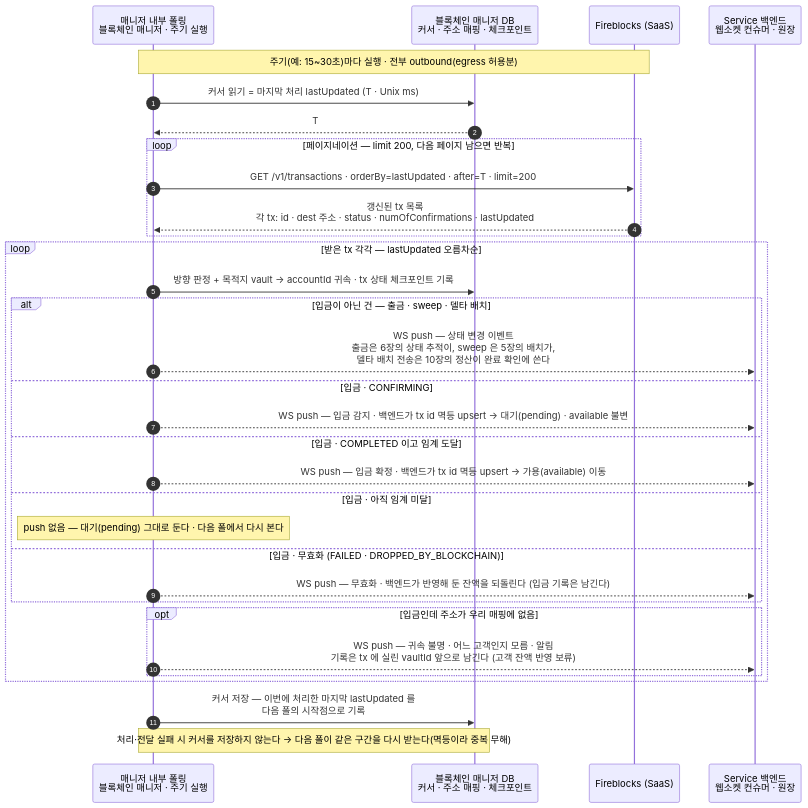
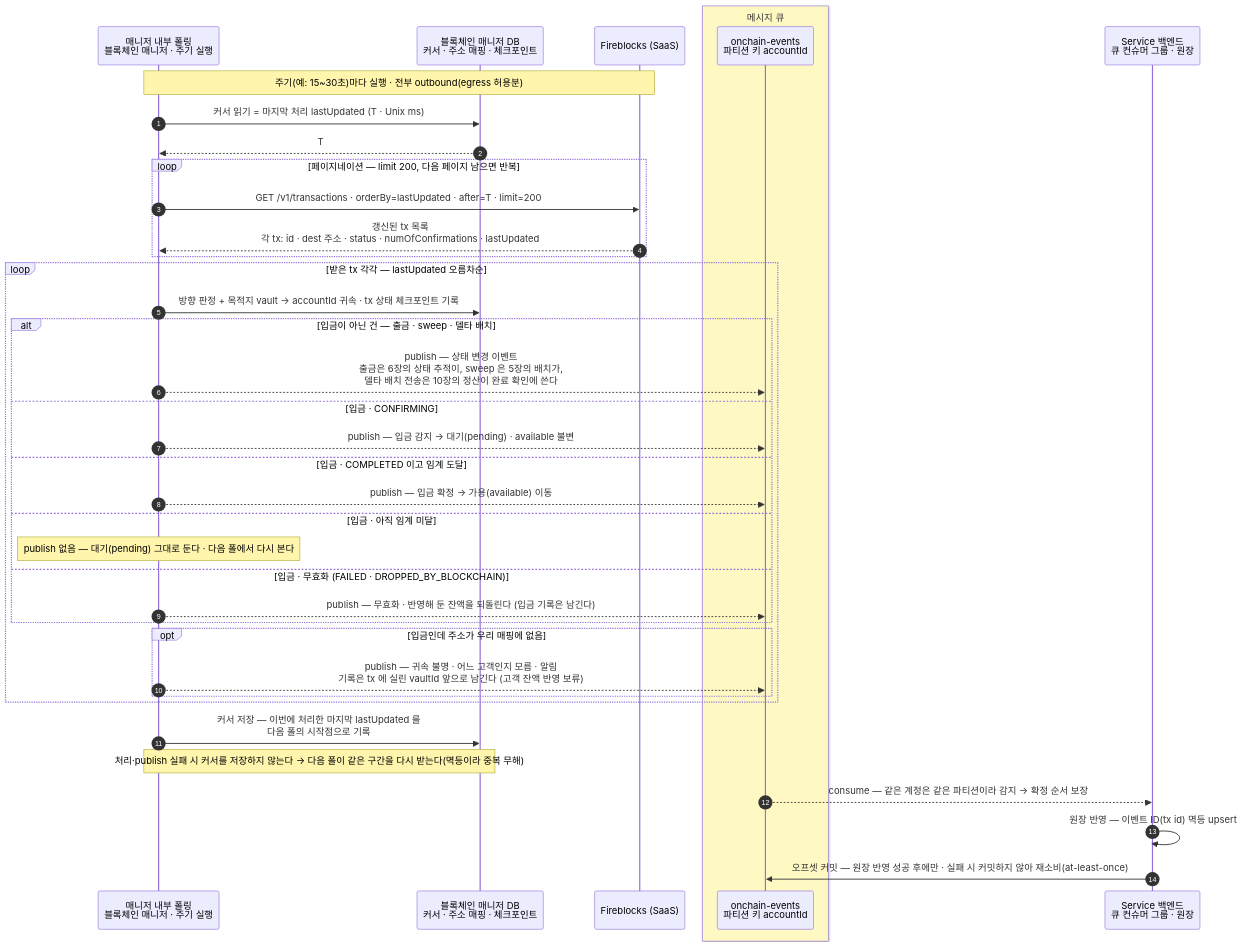
One commit to eunsujeo/eunpus changed the first of 2 diagrams in blockchain-manager/docs/설계/04-detect-confirm.md. Above: the diagram before and after it, drawn with Mermaid. The commit also changed other lines of this file and 6 other files, not shown here.

First line of the commit message:
칸반 문서: 이벤트 채널 웹소켓 → 메시지 큐 전환

````diff
--- a/blockchain-manager/docs/설계/04-detect-confirm.md
+++ b/blockchain-manager/docs/설계/04-detect-confirm.md
@@ -42,38 +43,45 @@
 ```mermaid
 sequenceDiagram
     autonumber
     participant SUB as 매니저 내부 폴링<br/>블록체인 매니저 · 주기 실행
     participant MDB as 블록체인 매니저 DB<br/>커서 · 주소 매핑 · 체크포인트
     participant FB as Fireblocks (SaaS)
-    participant BE as Service 백엔드<br/>웹소켓 컨슈머 · 원장
+    box rgb(254,249,195) 메시지 큐
+    participant MQ as onchain-events<br/>파티션 키 accountId
+    end
+    participant BE as Service 백엔드<br/>큐 컨슈머 그룹 · 원장
 
     Note over SUB,FB: 주기(예: 15~30초)마다 실행 · 전부 outbound(egress 허용분)
     SUB->>MDB: 커서 읽기 = 마지막 처리 lastUpdated (T · Unix ms)
     MDB-->>SUB: T
 
     loop 페이지네이션 — limit 200, 다음 페이지 남으면 반복
         SUB->>FB: GET /v1/transactions · orderBy=lastUpdated · after=T · limit=200
         FB-->>SUB: 갱신된 tx 목록<br/>각 tx: id · dest 주소 · status · numOfConfirmations · lastUpdated
     end
 
     loop 받은 tx 각각 — lastUpdated 오름차순
         SUB->>MDB: 방향 판정 + 목적지 vault → accountId 귀속 · tx 상태 체크포인트 기록
         alt 입금이 아닌 건 — 출금 · sweep · 델타 배치
-            SUB-->>BE: WS push — 상태 변경 이벤트<br/>출금은 6장의 상태 추적이, sweep 은 5장의 배치가,<br/>델타 배치 전송은 10장의 정산이 완료 확인에 쓴다
+            SUB-->>MQ: publish — 상태 변경 이벤트<br/>출금은 6장의 상태 추적이, sweep 은 5장의 배치가,<br/>델타 배치 전송은 10장의 정산이 완료 확인에 쓴다
         else 입금 · CONFIRMING
-            SUB-->>BE: WS push — 입금 감지 · 백엔드가 tx id 멱등 upsert → 대기(pending) · available 불변
+            SUB-->>MQ: publish — 입금 감지 → 대기(pending) · available 불변
         else 입금 · COMPLETED 이고 임계 도달
-            SUB-->>BE: WS push — 입금 확정 · 백엔드가 tx id 멱등 upsert → 가용(available) 이동
+            SUB-->>MQ: publish — 입금 확정 → 가용(available) 이동
         else 입금 · 아직 임계 미달
-            Note over SUB: push 없음 — 대기(pending) 그대로 둔다 · 다음 폴에서 다시 본다
+            Note over SUB: publish 없음 — 대기(pending) 그대로 둔다 · 다음 폴에서 다시 본다
         else 입금 · 무효화 (FAILED · DROPPED_BY_BLOCKCHAIN)
-            SUB-->>BE: WS push — 무효화 · 백엔드가 반영해 둔 잔액을 되돌린다 (입금 기록은 남긴다)
+            SUB-->>MQ: publish — 무효화 · 반영해 둔 잔액을 되돌린다 (입금 기록은 남긴다)
         end
         opt 입금인데 주소가 우리 매핑에 없음
-            SUB-->>BE: WS push — 귀속 불명 · 어느 고객인지 모름 · 알림<br/>기록은 tx 에 실린 vaultId 앞으로 남긴다 (고객 잔액 반영 보류)
+            SUB-->>MQ: publish — 귀속 불명 · 어느 고객인지 모름 · 알림<br/>기록은 tx 에 실린 vaultId 앞으로 남긴다 (고객 잔액 반영 보류)
         end
     end
 
     SUB->>MDB: 커서 저장 — 이번에 처리한 마지막 lastUpdated 를<br/>다음 폴의 시작점으로 기록
-    Note over SUB,MDB: 처리·전달 실패 시 커서를 저장하지 않는다 → 다음 폴이 같은 구간을 다시 받는다(멱등이라 중복 무해)
+    Note over SUB,MDB: 처리·publish 실패 시 커서를 저장하지 않는다 → 다음 폴이 같은 구간을 다시 받는다(멱등이라 중복 무해)
+
+    MQ-->>BE: consume — 같은 계정은 같은 파티션이라 감지 → 확정 순서 보장
+    BE->>BE: 원장 반영 — 이벤트 ID(tx id) 멱등 upsert
+    BE->>MQ: 오프셋 커밋 — 원장 반영 성공 후에만 · 실패 시 커밋하지 않아 재소비(at-least-once)
 ```
````
